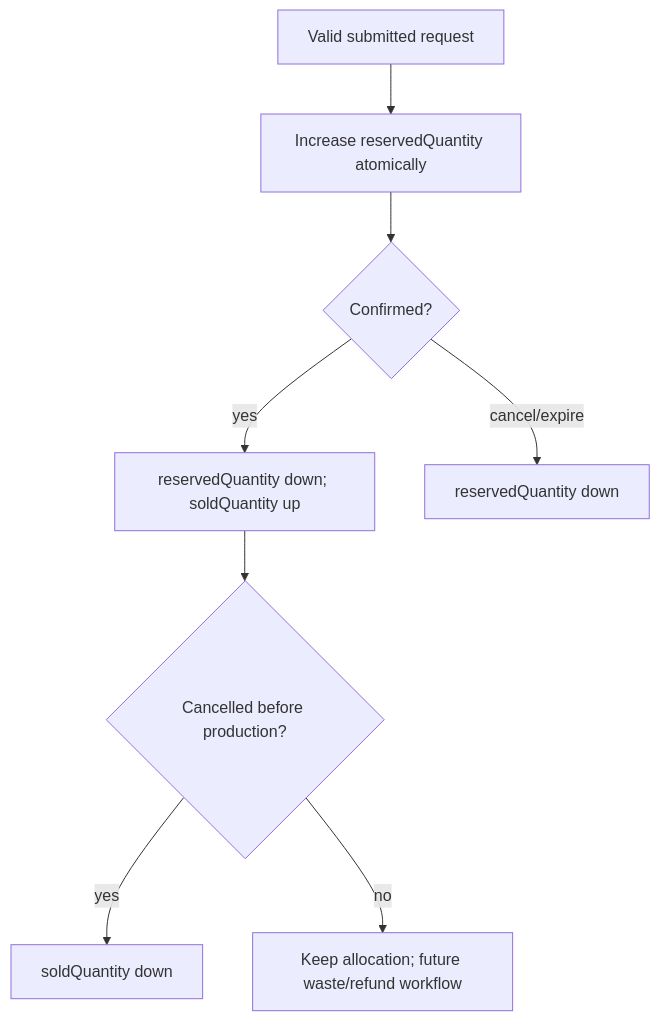
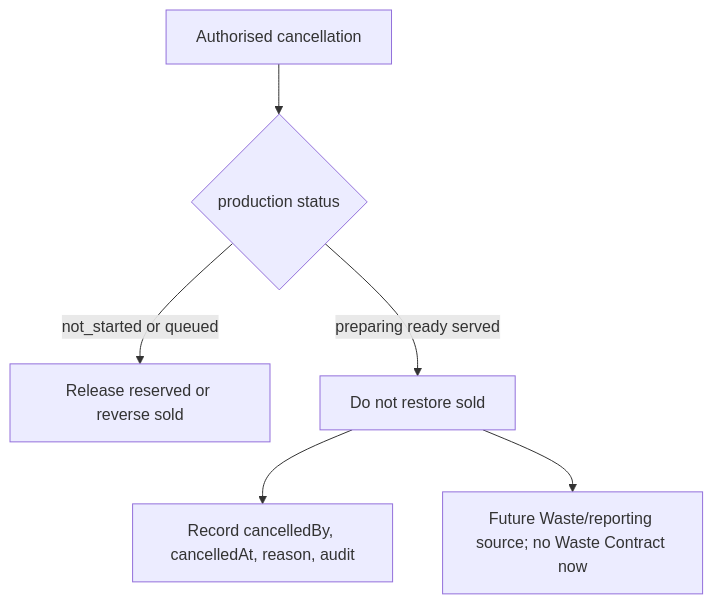
The second of 2 diagrams in docs/order/ORDER_QUANTITY_LIFECYCLE.md (lighthousefood0508-wq/island-operations-assistant), drawn with Mermaid before and after one commit. The commit also changed other lines of this file and 20 other files, not shown here.

````diff
--- a/docs/order/ORDER_QUANTITY_LIFECYCLE.md
+++ b/docs/order/ORDER_QUANTITY_LIFECYCLE.md
@@ -37,10 +29,8 @@
 ```mermaid
 flowchart TD
-  Create[Valid submitted request] --> Reserve[Increase reservedQuantity atomically]
-  Reserve --> Confirm{Confirmed?}
-  Confirm -->|yes| Convert[reservedQuantity down; soldQuantity up]
-  Confirm -->|cancel/expire| Release[reservedQuantity down]
-  Convert --> Cancel{Cancelled before production?}
-  Cancel -->|yes| Return[soldQuantity down]
-  Cancel -->|no| Keep[Keep allocation; future waste/refund workflow]
+  Cancel[Authorised cancellation] --> Stage{production status}
+  Stage -->|not_started or queued| Restore[Release reserved or reverse sold]
+  Stage -->|preparing ready served| Keep[Do not restore sold]
+  Keep --> Audit[Record cancelledBy, cancelledAt, reason, audit]
+  Keep --> Gap[Future Waste/reporting source; no Waste Contract now]
 ```
````
